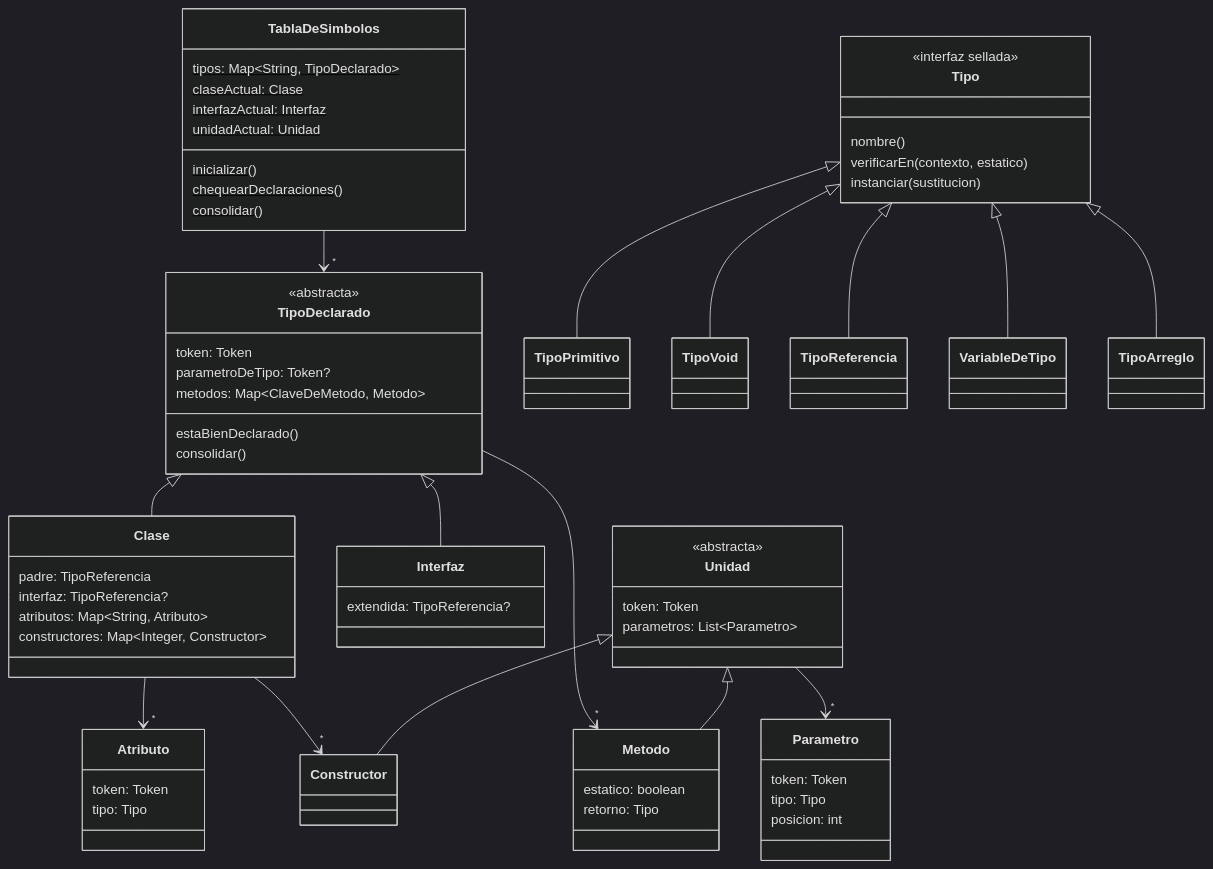
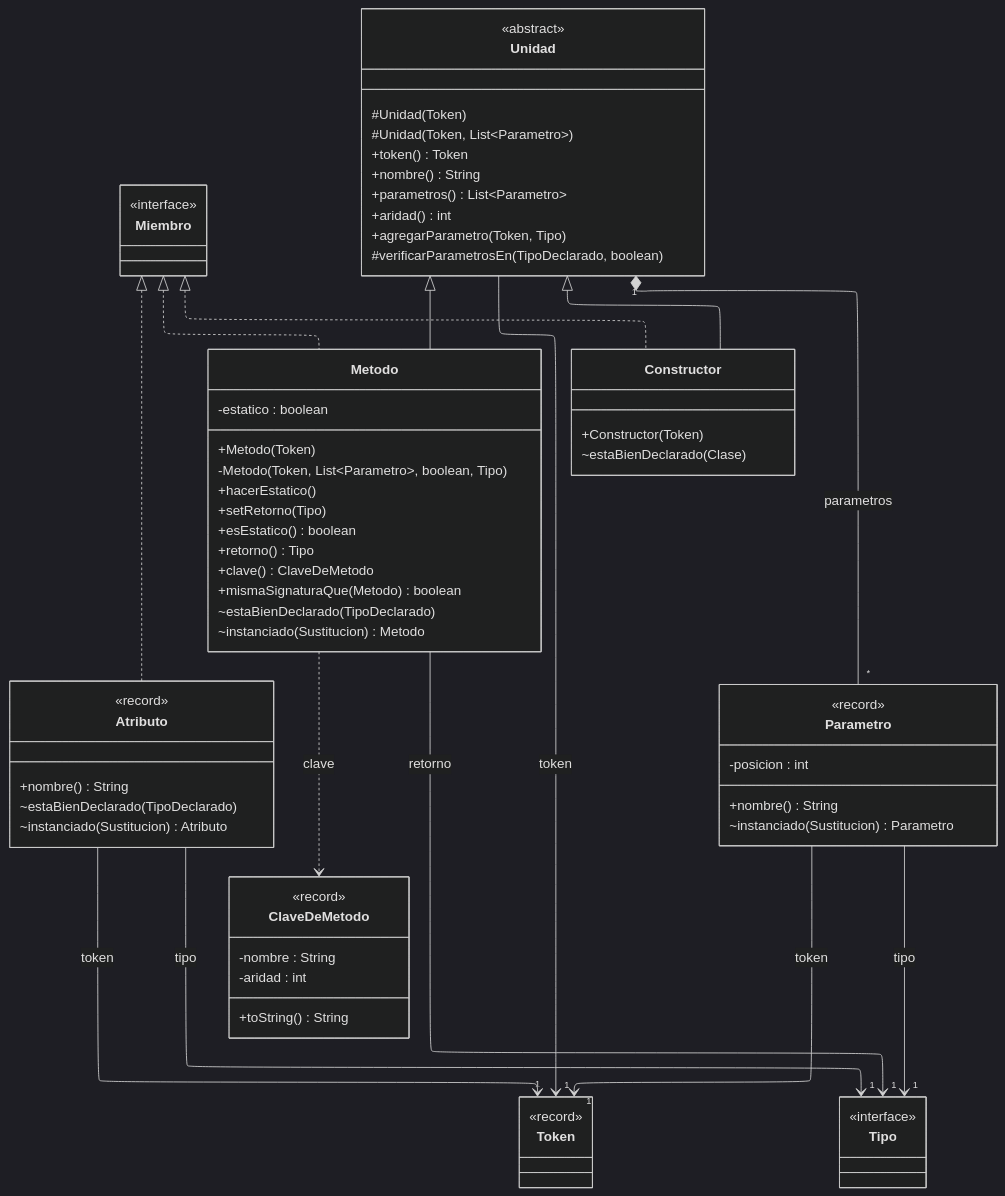
Before and after one commit to agustinpaul0/Proyecto-CEI: the fourth of 5 diagrams in documentacion/semantico/arquitectura-del-analizador-semantico.md, drawn with Mermaid (dark theme). The commit also changed other lines of this file and 25 other files, not shown here.

First line of the commit message:
Rehace los diagramas de clases y saca Optional de campos y parametros

````diff
--- a/documentacion/semantico/arquitectura-del-analizador-semantico.md
+++ b/documentacion/semantico/arquitectura-del-analizador-semantico.md
@@ -43,68 +227,76 @@
 ```mermaid
+---
+config:
+  layout: elk
+---
 classDiagram
-    class TablaDeSimbolos {
-        tipos: Map~String, TipoDeclarado~$
-        claseActual: Clase$
-        interfazActual: Interfaz$
-        unidadActual: Unidad$
-        inicializar()$
-        chequearDeclaraciones()$
-        consolidar()$
+    direction TB
+    class Miembro {
+        <<interface>>
     }
-    class TipoDeclarado {
-        <<abstracta>>
-        token: Token
-        parametroDeTipo: Token?
-        metodos: Map~ClaveDeMetodo, Metodo~
-        estaBienDeclarado()
-        consolidar()
-    }
-    class Clase {
-        padre: TipoReferencia
-        interfaz: TipoReferencia?
-        atributos: Map~String, Atributo~
-        constructores: Map~Integer, Constructor~
-    }
-    class Interfaz {
-        extendida: TipoReferencia?
+    class Atributo {
+        <<record>>
+        +nombre() String
+        ~estaBienDeclarado(TipoDeclarado)
+        ~instanciado(Sustitucion) Atributo
     }
     class Unidad {
-        <<abstracta>>
-        token: Token
-        parametros: List~Parametro~
+        <<abstract>>
+        #Unidad(Token)
+        #Unidad(Token, List~Parametro~)
+        +token() Token
+        +nombre() String
+        +parametros() List~Parametro~
+        +aridad() int
+        +agregarParametro(Token, Tipo)
+        #verificarParametrosEn(TipoDeclarado, boolean)
     }
     class Metodo {
-        estatico: boolean
-        retorno: Tipo
+        -estatico : boolean
+        +Metodo(Token)
+        -Metodo(Token, List~Parametro~, boolean, Tipo)
+        +hacerEstatico()
+        +setRetorno(Tipo)
+        +esEstatico() boolean
+        +retorno() Tipo
+        +clave() ClaveDeMetodo
+        +mismaSignaturaQue(Metodo) boolean
+        ~estaBienDeclarado(TipoDeclarado)
+        ~instanciado(Sustitucion) Metodo
     }
-    class Constructor
-    class Atributo {
-        token: Token
-        tipo: Tipo
+    class Constructor {
+        +Constructor(Token)
+        ~estaBienDeclarado(Clase)
     }
     class Parametro {
-        token: Token
-        tipo: Tipo
-        posicion: int
+        <<record>>
+        -posicion : int
+        +nombre() String
+        ~instanciado(Sustitucion) Parametro
+    }
+    class ClaveDeMetodo {
+        <<record>>
+        -nombre : String
+        -aridad : int
+        +toString() String
+    }
+    class Token {
+        <<record>>
     }
     class Tipo {
-        <<interfaz sellada>>
-        nombre()
-        verificarEn(contexto, estatico)
-        instanciar(sustitucion)
+        <<interface>>
     }
-    TablaDeSimbolos --> "*" TipoDeclarado
-    TipoDeclarado <|-- Clase
-    TipoDeclarado <|-- Interfaz
-    TipoDeclarado --> "*" Metodo
-    Clase --> "*" Atributo
-    Clase --> "*" Constructor
+    Miembro <|.. Atributo
+    Miembro <|.. Metodo
+    Miembro <|.. Constructor
     Unidad <|-- Metodo
     Unidad <|-- Constructor
-    Unidad --> "*" Parametro
-    Tipo <|-- TipoPrimitivo
-    Tipo <|-- TipoVoid
-    Tipo <|-- TipoReferencia
-    Tipo <|-- VariableDeTipo
-    Tipo <|-- TipoArreglo
+    Unidad --> "1" Token : token
+    Unidad "1" *-- "*" Parametro : parametros
+    Metodo --> "1" Tipo : retorno
+    Metodo ..> ClaveDeMetodo : clave
+    Atributo --> "1" Token : token
+    Atributo --> "1" Tipo : tipo
+    Parametro --> "1" Token : token
+    Parametro --> "1" Tipo : tipo
 ```
````
